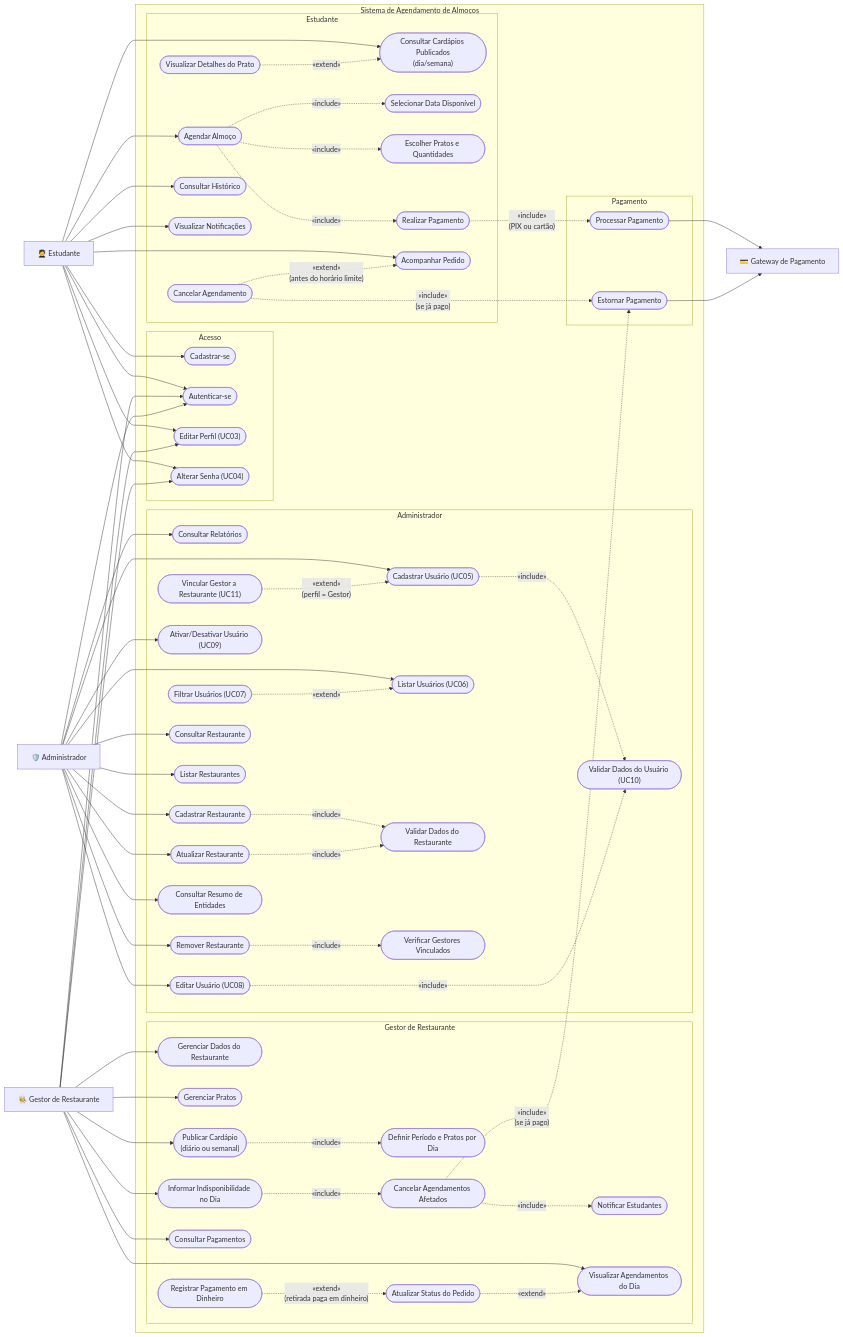
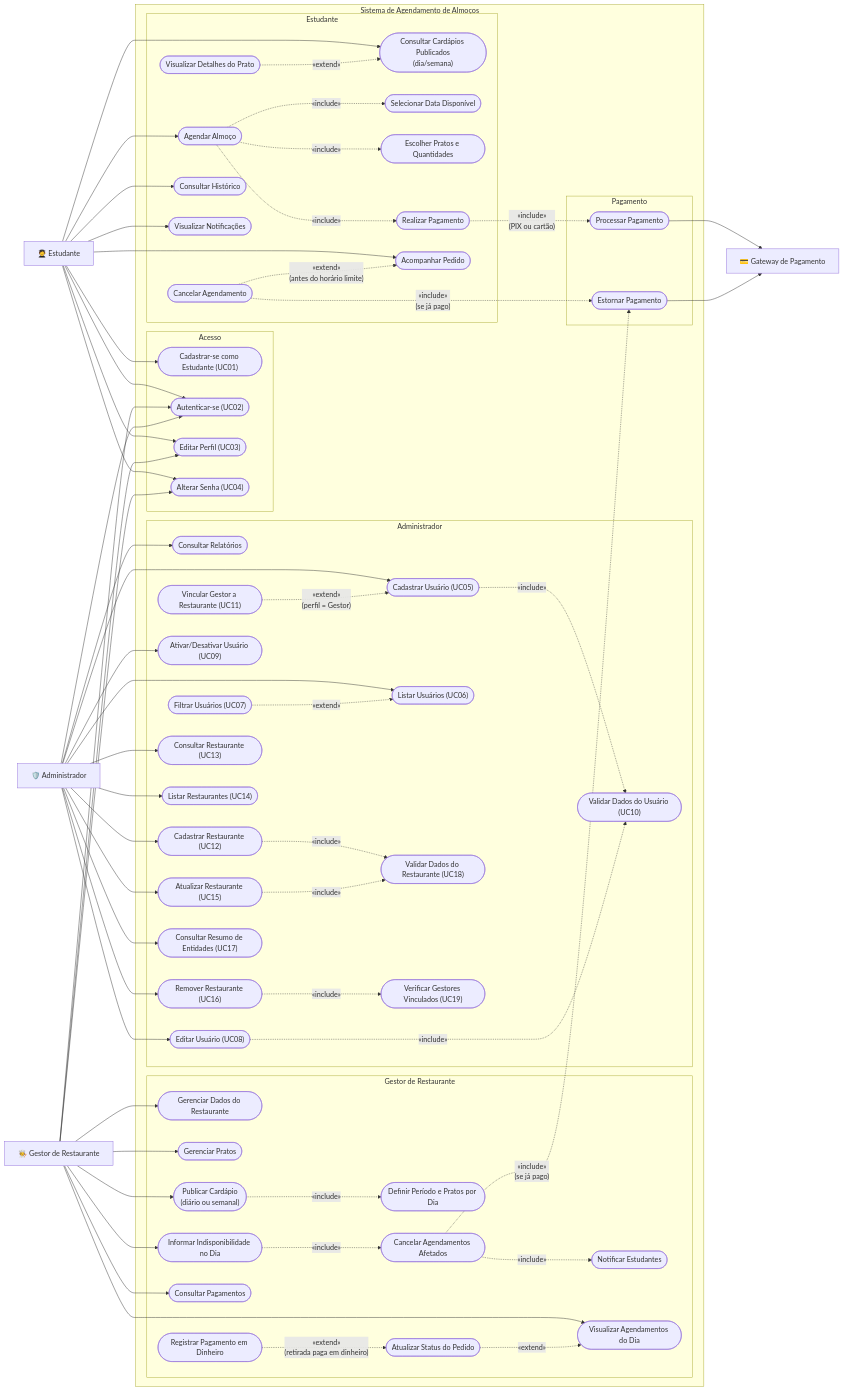
Before and after one commit to henriquesantos007/Sistema-de-Agendamento-de-Almoco: the third of 3 diagrams in docs/04-casos-de-uso/README.md, drawn with Mermaid. The commit also changed 3 other files, not shown here.

```diff
--- a/docs/04-casos-de-uso/README.md
+++ b/docs/04-casos-de-uso/README.md
@@ -140,8 +140,8 @@
     subgraph sistema["Sistema de Agendamento de Almoços"]
 
         subgraph acesso["Acesso"]
-            UC_Cadastro(["Cadastrar-se"])
-            UC_Login(["Autenticar-se"])
+            UC_Cadastro(["Cadastrar-se como Estudante (UC01)"])
+            UC_Login(["Autenticar-se (UC02)"])
             UC_EditarPerfil(["Editar Perfil (UC03)"])
             UC_AlterarSenha(["Alterar Senha (UC04)"])
         end
@@ -182,14 +182,14 @@
             UC_AtivarDesativar(["Ativar/Desativar Usuário (UC09)"])
             UC_ValidarUsuario(["Validar Dados do Usuário (UC10)"])
             UC_VincularGestor(["Vincular Gestor a Restaurante (UC11)"])
-            UC12(["Cadastrar Restaurante"])
-            UC13(["Consultar Restaurante"])
-            UC14(["Listar Restaurantes"])
-            UC15(["Atualizar Restaurante"])
-            UC16(["Remover Restaurante"])
-            UC17(["Consultar Resumo de Entidades"])
-            UC18(["Validar Dados do Restaurante"])
-            UC19(["Verificar Gestores Vinculados"])
+            UC12(["Cadastrar Restaurante (UC12)"])
+            UC13(["Consultar Restaurante (UC13)"])
+            UC14(["Listar Restaurantes (UC14)"])
+            UC15(["Atualizar Restaurante (UC15)"])
+            UC16(["Remover Restaurante (UC16)"])
+            UC17(["Consultar Resumo de Entidades (UC17)"])
+            UC18(["Validar Dados do Restaurante (UC18)"])
+            UC19(["Verificar Gestores Vinculados (UC19)"])
         end
 
         subgraph pagamentoUC["Pagamento"]
```
